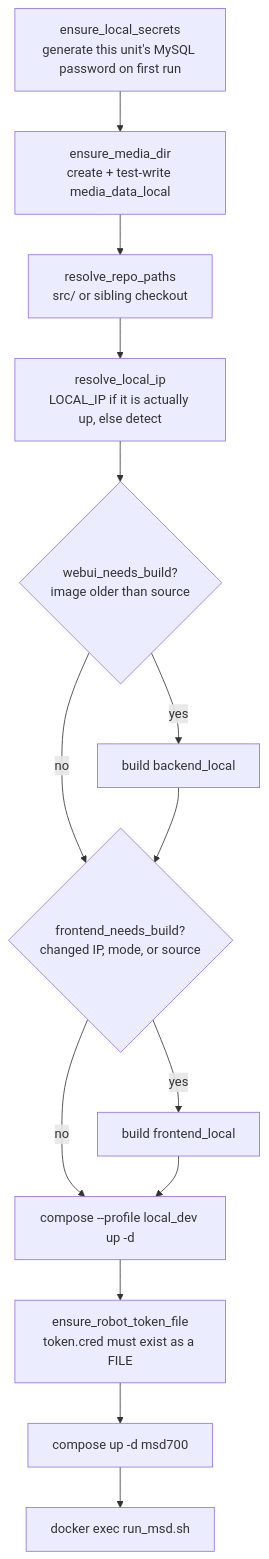
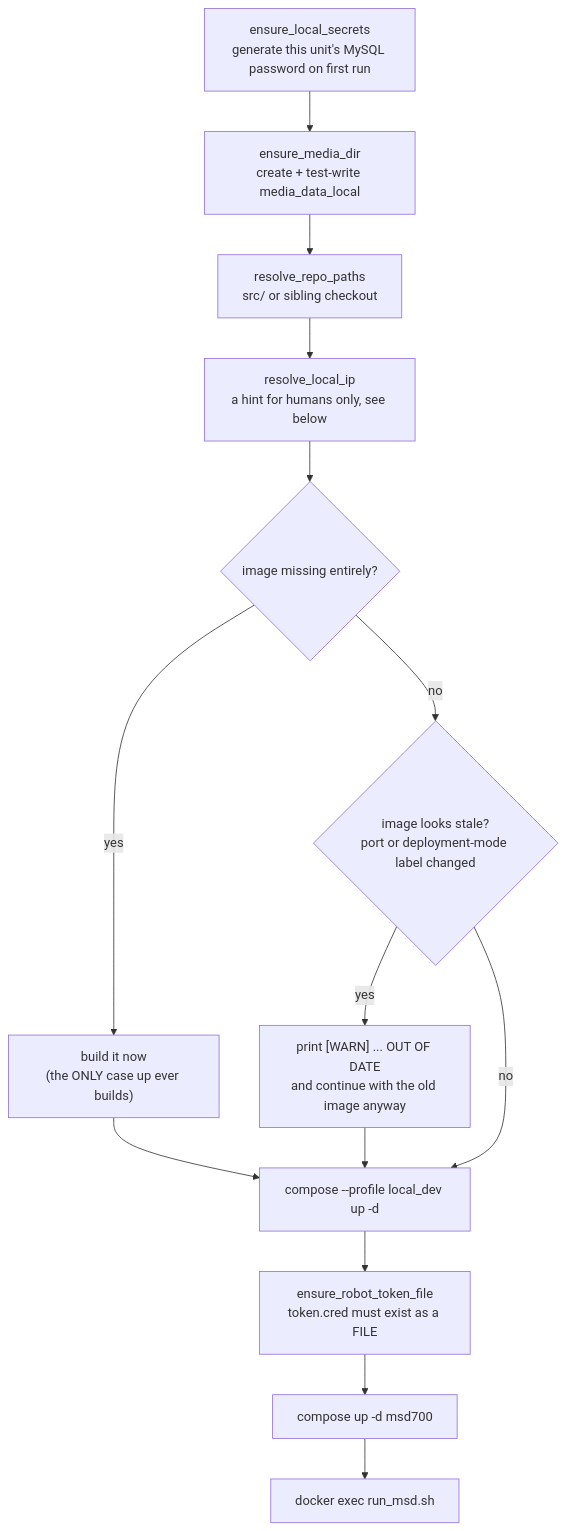
Before and after one commit to itbdelaboprogramming/msd700_documentation: the second of 2 diagrams in docs/setup/docker-reference.md, drawn with Mermaid. The commit also changed other lines of this file and 5 other files, not shown here.

````diff
--- a/docs/setup/docker-reference.md
+++ b/docs/setup/docker-reference.md
@@ -479,16 +479,17 @@
 ```mermaid
 flowchart TB
   A["ensure_local_secrets<br/>generate this unit's MySQL password on first run"] --> B["ensure_media_dir<br/>create + test-write media_data_local"]
   B --> C["resolve_repo_paths<br/>src/ or sibling checkout"]
-  C --> D["resolve_local_ip<br/>LOCAL_IP if it is actually up, else detect"]
-  D --> E{"webui_needs_build?<br/>image older than source"}
-  E -->|yes| F["build backend_local"]
-  E -->|no| G
-  F --> G{"frontend_needs_build?<br/>changed IP, mode, or source"}
-  G -->|yes| H["build frontend_local"]
+  C --> D["resolve_local_ip<br/>a hint for humans only, see below"]
+  D --> E{"image missing entirely?"}
+  E -->|yes| F["build it now<br/>(the ONLY case up ever builds)"]
+  E -->|no| G{"image looks stale?<br/>port or deployment-mode label changed"}
+  G -->|yes| W["print [WARN] ... OUT OF DATE<br/>and continue with the old image anyway"]
   G -->|no| I
-  H --> I["compose --profile local_dev up -d"]
+  F --> I
+  W --> I
+  I["compose --profile local_dev up -d"]
   I --> J["ensure_robot_token_file<br/>token.cred must exist as a FILE"]
   J --> K["compose up -d msd700"]
   K --> L["docker exec run_msd.sh"]
 ```
````
